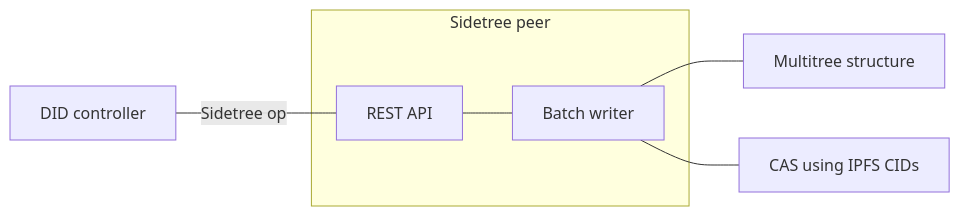
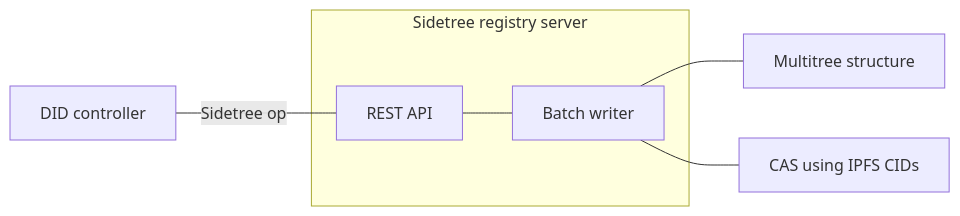
Before and after one commit to trustbloc/trustbloc-did-method: the first of 6 diagrams in docs/whitepaper/federated_sidetree.md, drawn with Mermaid. The commit also changed other lines of this file, not shown here.

````diff
--- a/docs/whitepaper/federated_sidetree.md
+++ b/docs/whitepaper/federated_sidetree.md
@@ -30,10 +32,10 @@
 ```mermaid
 graph LR
     DC[DID controller] ---|Sidetree op| SPAPI[REST API]
-    subgraph Sidetree peer
+    subgraph Sidetree registry server
         SPAPI
         SPAPI --- BW[Batch writer]
     end
     BW --- MS[Multitree structure]
     BW --- CAS[CAS using IPFS CIDs]
 ```
````
